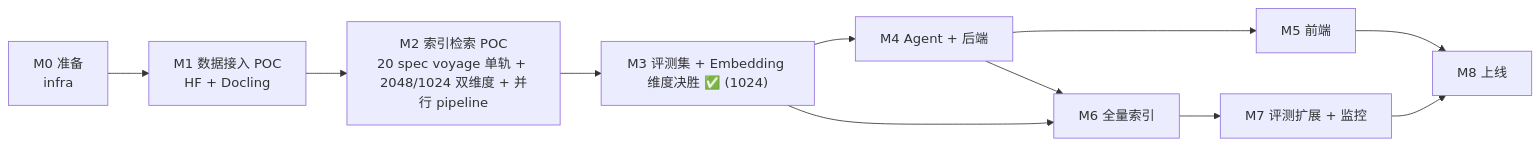
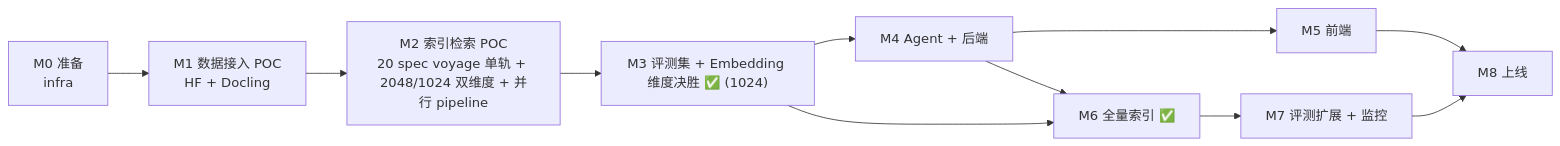
The second of 2 diagrams in docs/03-development/00-overview.md (EpisodeYu/3GPP-Everything), drawn with Mermaid before and after one commit. The commit also changed other lines of this file and 1 other file, not shown here.

````diff
--- a/docs/03-development/00-overview.md
+++ b/docs/03-development/00-overview.md
@@ -83,13 +83,13 @@
 ```mermaid
 graph LR
     M0["M0 准备<br/>infra"] --> M1["M1 数据接入 POC<br/>HF + Docling"]
     M1 --> M2["M2 索引检索 POC<br/>20 spec voyage 单轨 + 2048/1024 双维度 + 并行 pipeline"]
     M2 --> M3["M3 评测集 + Embedding 维度决胜 ✅ (1024)"]
     M3 --> M4["M4 Agent + 后端"]
     M4 --> M5["M5 前端"]
-    M3 --> M6["M6 全量索引"]
+    M3 --> M6["M6 全量索引 ✅"]
     M4 --> M6
     M6 --> M7["M7 评测扩展 + 监控"]
     M5 --> M8["M8 上线"]
     M7 --> M8
 ```
````
